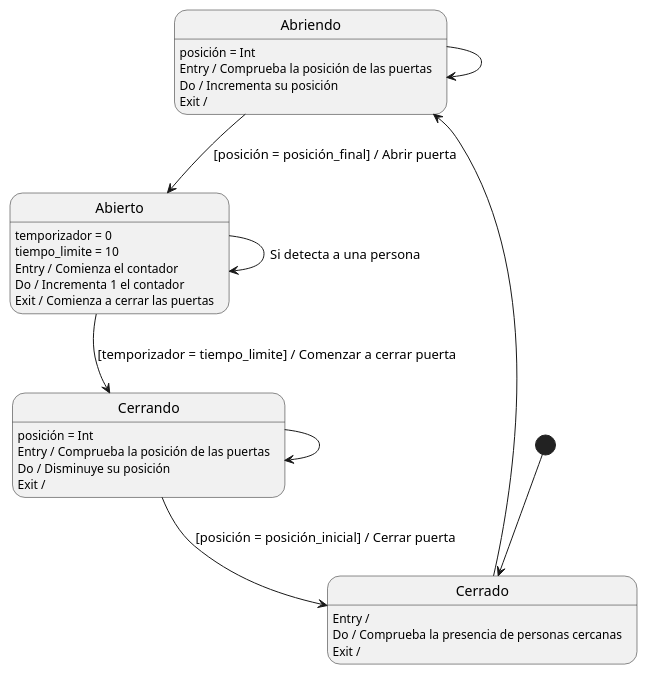
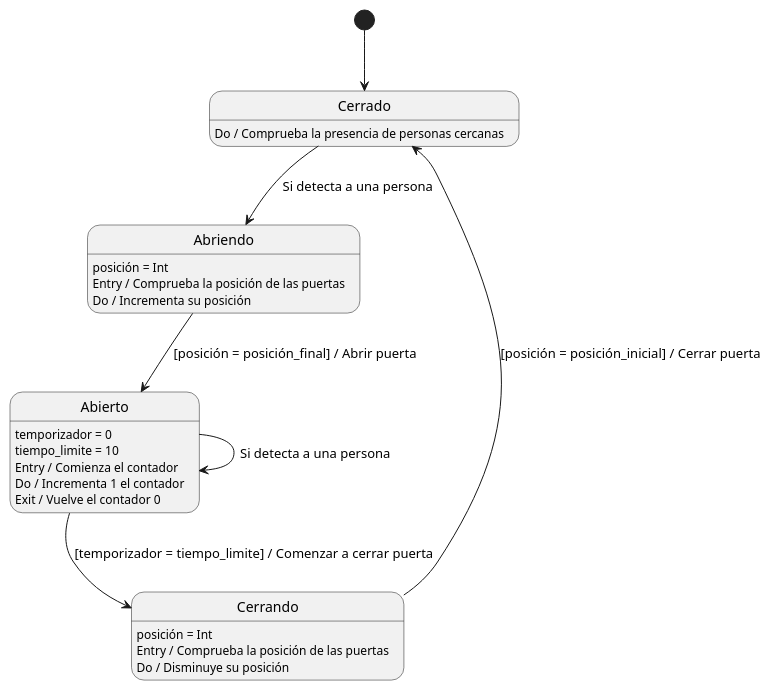
One commit to arodovi852/EDES-diagrama-de-estados changed the diagram in README.md. Above: the diagram before and after it, drawn with PlantUML. The commit also changed other lines of this file and 1 other file, not shown here.

Commit message:
explicación del diagrama y correcciones

```diff
--- a/README.md
+++ b/README.md
@@ -3,35 +4,28 @@
     @startuml
 
     [*] --> Cerrado
-    Cerrado --> Abriendo
+    Cerrado --> Abriendo : Si detecta a una persona
     Abriendo --> Abierto : [posición = posición_final] / Abrir puerta
     Abierto --> Cerrando : [temporizador = tiempo_limite] / Comenzar a cerrar puerta
     Cerrando --> Cerrado : [posición = posición_inicial] / Cerrar puerta
     Abierto --> Abierto : Si detecta a una persona
-    Abriendo -> Abriendo
-    Cerrando -> Cerrando
 
-    Cerrado : Entry / 
     Cerrado : Do / Comprueba la presencia de personas cercanas
-    Cerrado : Exit / 
 
     Abriendo : posición = Int
     Abriendo : Entry / Comprueba la posición de las puertas 
     Abriendo : Do / Incrementa su posición
-    Abriendo : Exit / 
-
 
 
     Abierto : temporizador = 0
     Abierto : tiempo_limite = 10
     Abierto : Entry / Comienza el contador
     Abierto : Do / Incrementa 1 el contador
-    Abierto : Exit / Comienza a cerrar las puertas
+    Abierto : Exit / Vuelve el contador 0
 
     Cerrando : posición = Int
     Cerrando : Entry / Comprueba la posición de las puertas
     Cerrando : Do / Disminuye su posición
-    Cerrando : Exit / 
 
 
     @enduml
```
